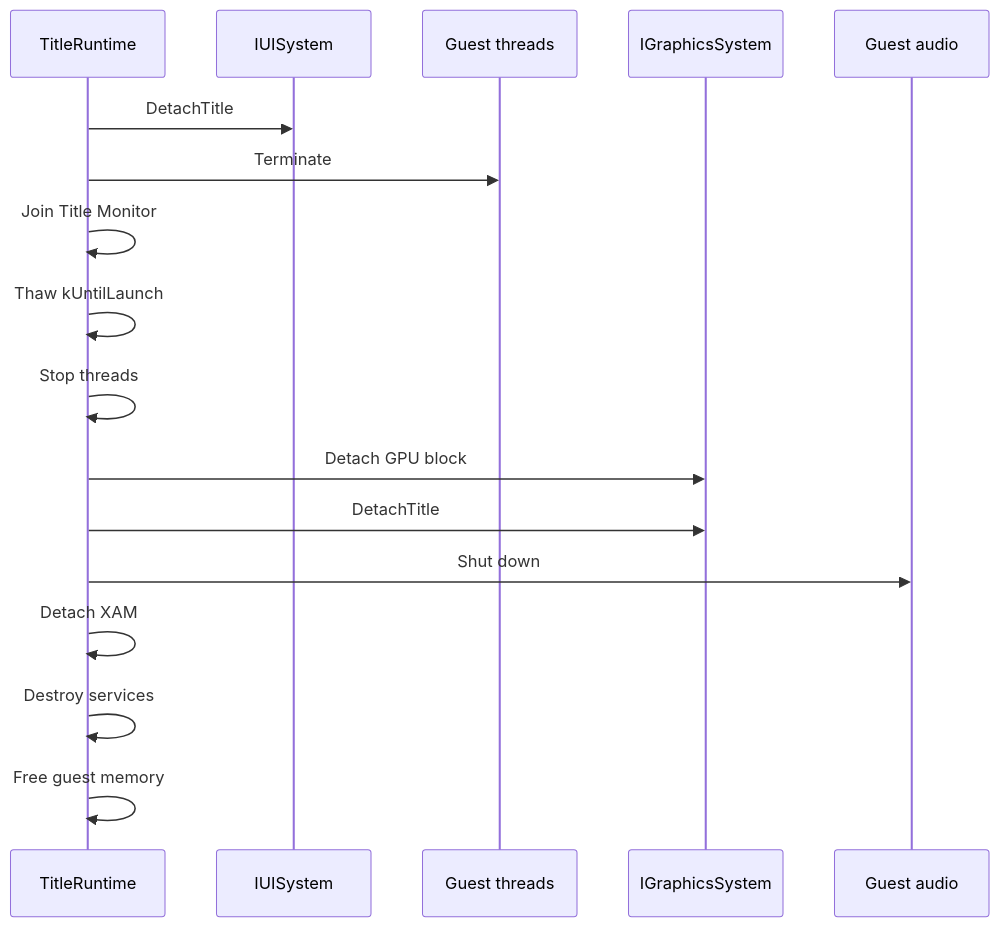
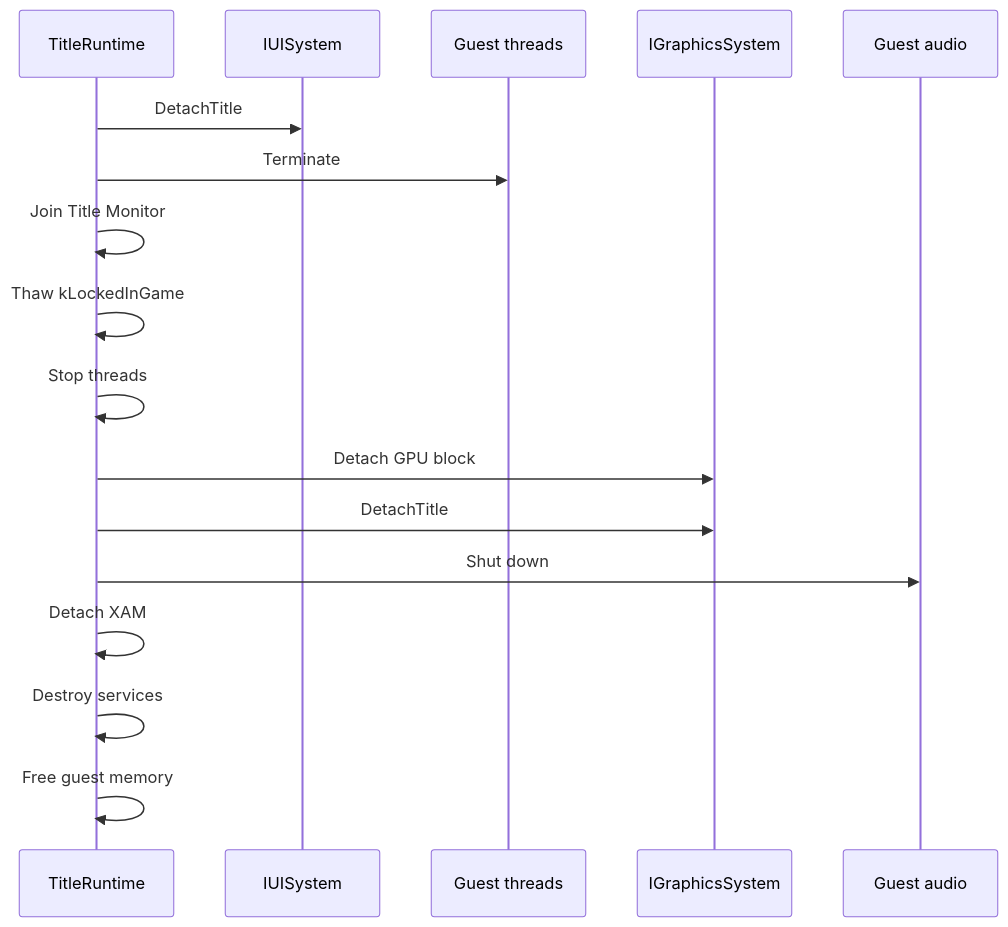
The third of 3 diagrams in docs/site/pages/runtime/lifecycle.md (rexglue/rexglue-sdk), drawn with Mermaid before and after one commit. The commit also changed other lines of this file and 31 other files, not shown here.

````diff
--- a/docs/site/pages/runtime/lifecycle.md
+++ b/docs/site/pages/runtime/lifecycle.md
@@ -96,19 +96,19 @@
 ```mermaid
 sequenceDiagram
     participant R as TitleRuntime
     participant U as IUISystem
     participant T as Guest threads
     participant G as IGraphicsSystem
     participant A as Guest audio
     R->>U: DetachTitle
     R->>T: Terminate
     R->>R: Join Title Monitor
-    R->>R: Thaw kUntilLaunch
+    R->>R: Thaw kLockedInGame
     R->>R: Stop threads
     R->>G: Detach GPU block
     R->>G: DetachTitle
     R->>A: Shut down
     R->>R: Detach XAM
     R->>R: Destroy services
     R->>R: Free guest memory
 ```
````
